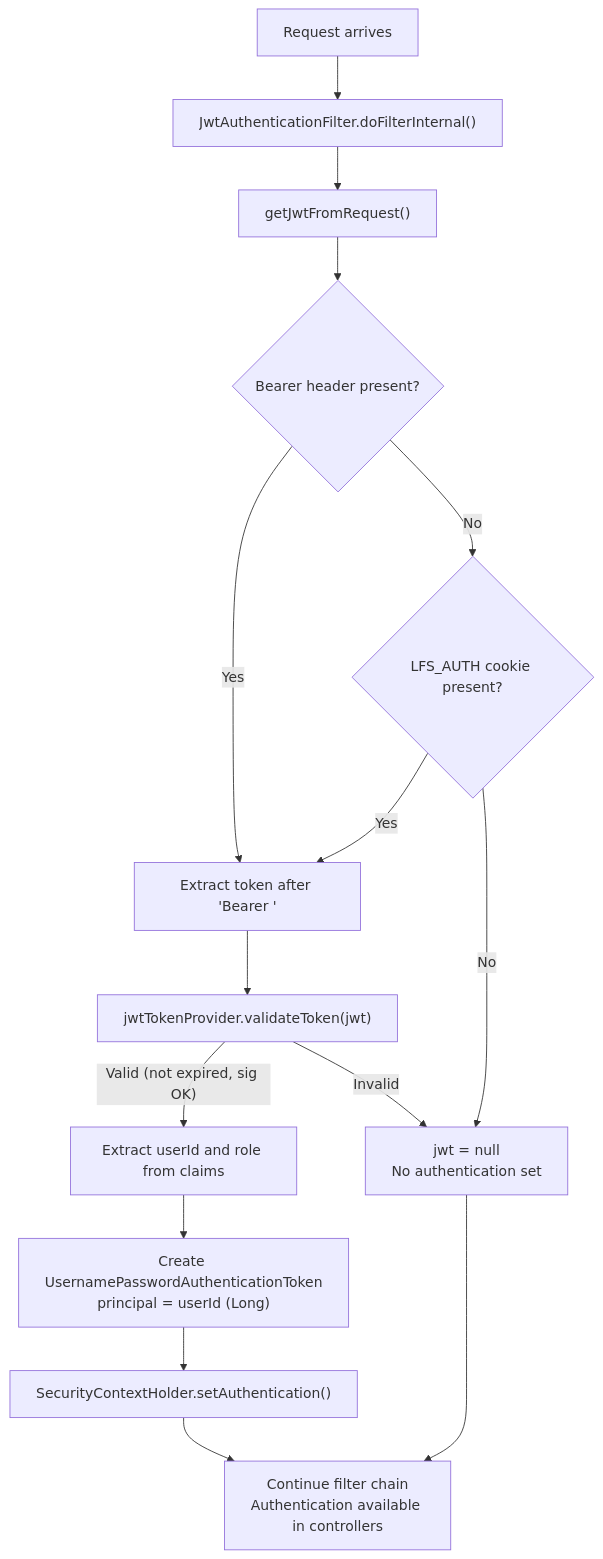
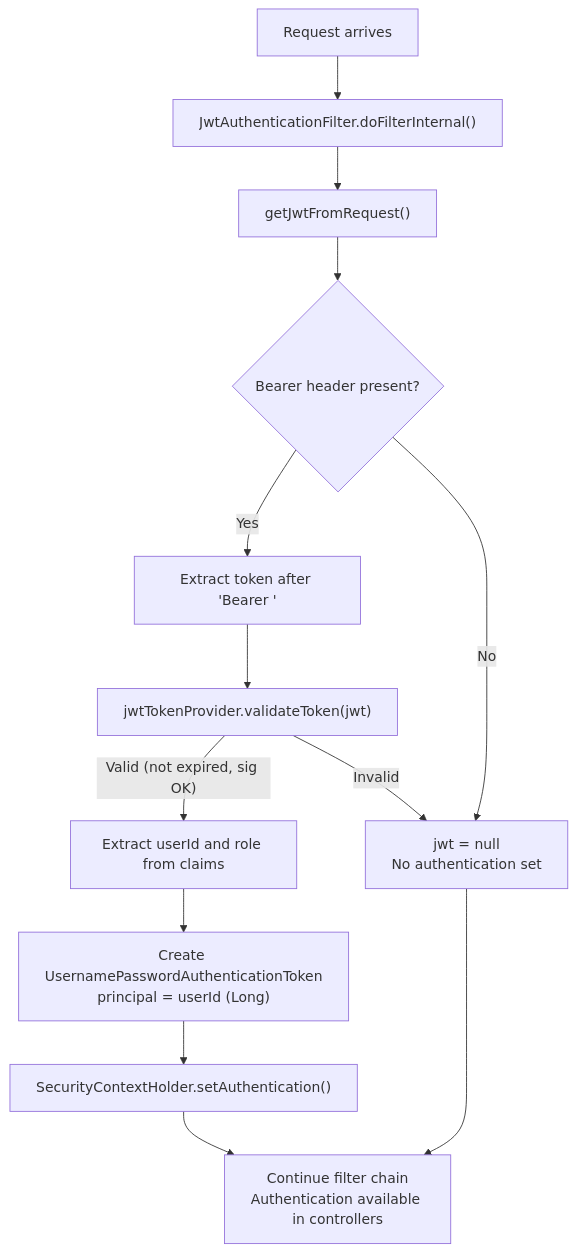
One commit to Ram-ambati/LFS-App changed the third of 4 diagrams in docs/AUTHENTICATION_AND_SECURITY.md. Above: the diagram before and after it, drawn with Mermaid. The commit also changed other lines of this file and 30 other files, not shown here.

````diff
--- a/docs/AUTHENTICATION_AND_SECURITY.md
+++ b/docs/AUTHENTICATION_AND_SECURITY.md
@@ -89,17 +81,15 @@
 ```mermaid
 flowchart TD
     A["Request arrives"] --> B["JwtAuthenticationFilter.doFilterInternal()"]
     B --> C["getJwtFromRequest()"]
     C --> D{"Bearer header present?"}
     D -->|"Yes"| E["Extract token after 'Bearer '"]
-    D -->|"No"| F{"LFS_AUTH cookie present?"}
-    F -->|"Yes"| E
-    F -->|"No"| G["jwt = null\nNo authentication set"]
+    D -->|"No"| G["jwt = null\nNo authentication set"]
     E --> H["jwtTokenProvider.validateToken(jwt)"]
     H -->|"Valid (not expired, sig OK)"| I["Extract userId and role from claims"]
     H -->|"Invalid"| G
     I --> J["Create UsernamePasswordAuthenticationToken\nprincipal = userId (Long)"]
     J --> K["SecurityContextHolder.setAuthentication()"]
     K --> L["Continue filter chain\nAuthentication available in controllers"]
     G --> L
 ```
````
